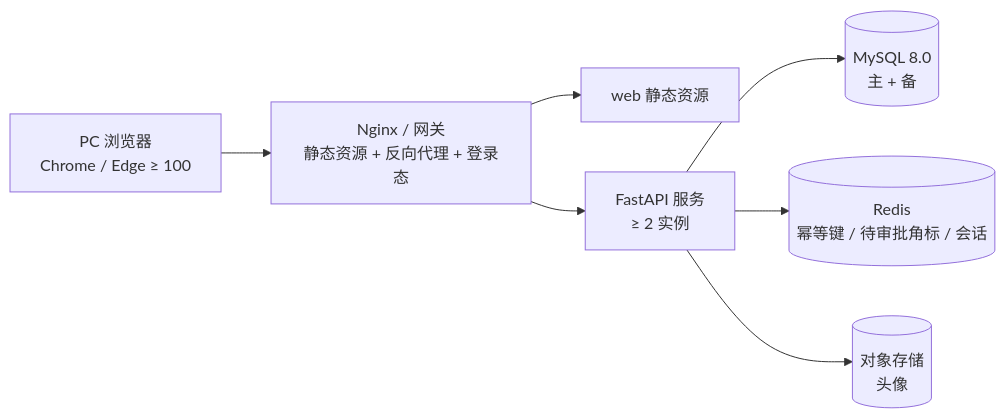
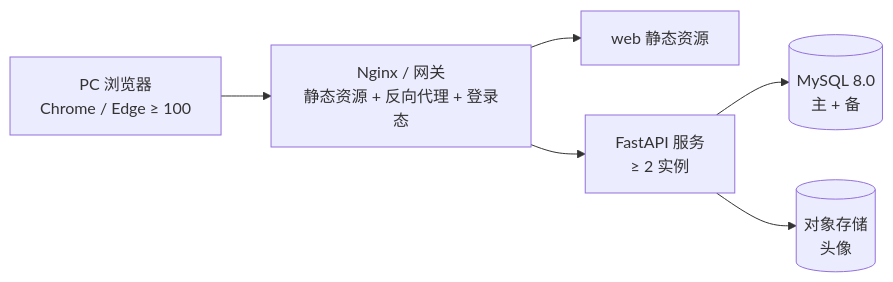
Before and after one commit to kemix-zjj/agent_assistant: the second of 6 diagrams in docs/01-总体架构设计.md, drawn with Mermaid. The commit also changed other lines of this file and 13 other files, not shown here.

````diff
--- a/docs/01-总体架构设计.md
+++ b/docs/01-总体架构设计.md
@@ -175,9 +175,8 @@
 ```mermaid
 flowchart LR
     U["PC 浏览器<br/>Chrome / Edge ≥ 100"] --> N["Nginx / 网关<br/>静态资源 + 反向代理 + 登录态"]
     N --> W["web 静态资源"]
     N --> API["FastAPI 服务<br/>≥ 2 实例"]
     API --> PG[("MySQL 8.0<br/>主 + 备")]
-    API --> RDS[("Redis<br/>幂等键 / 待审批角标 / 会话")]
     API --> OSS[("对象存储<br/>头像")]
 ```
````
